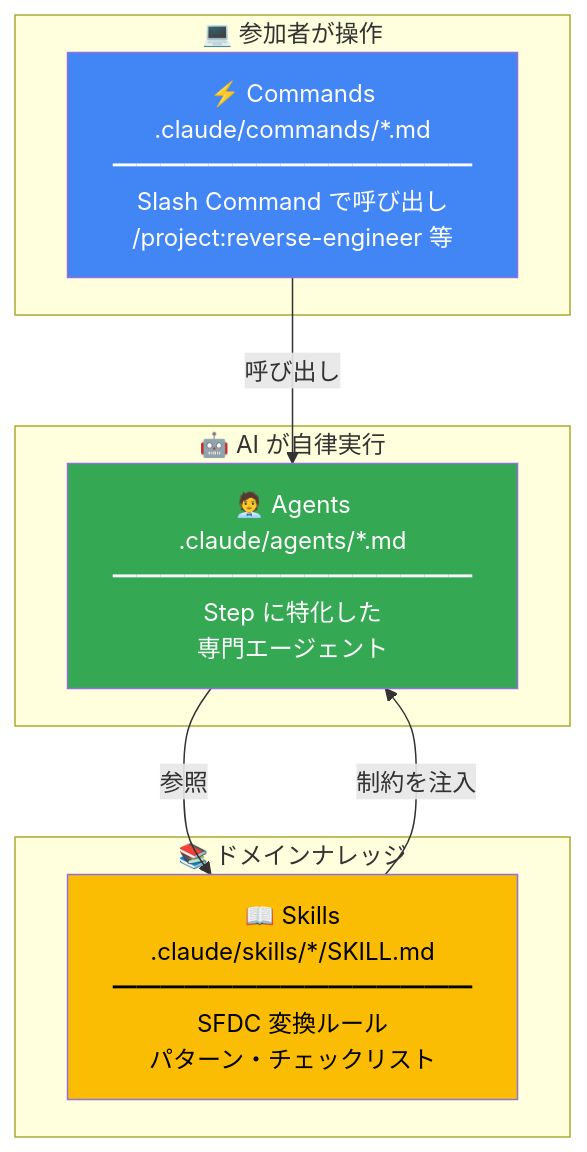
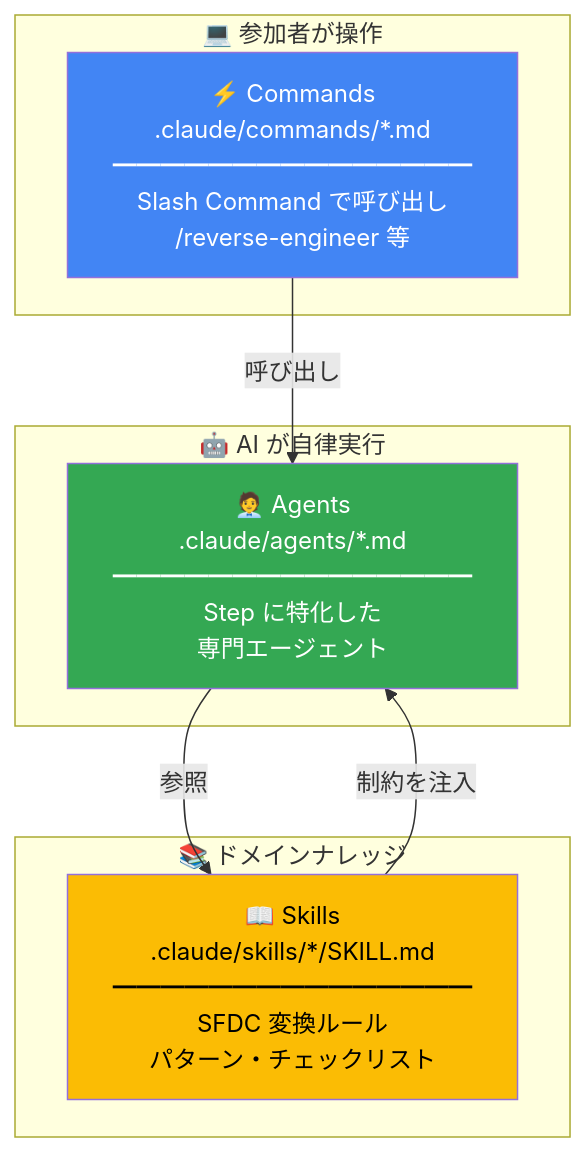
One commit to tyorikan/migration-with-ai changed the third of 9 diagrams in workshop-real/README.md. Above: the diagram before and after it, drawn with Mermaid. The commit also changed other lines of this file and 5 other files, not shown here.

First line of the commit message:
fix: Slash Commands の prefix を /project: から / に修正

````diff
--- a/workshop-real/README.md
+++ b/workshop-real/README.md
@@ -215,22 +215,22 @@
 ```mermaid
 graph TB
     subgraph "💻 参加者が操作"
-        CMD["⚡ Commands<br/>.claude/commands/*.md<br/>━━━━━━━━━━━━━━━<br/>Slash Command で呼び出し<br/>/project:reverse-engineer 等"]
+        CMD["⚡ Commands<br/>.claude/commands/*.md<br/>━━━━━━━━━━━━━━━<br/>Slash Command で呼び出し<br/>/reverse-engineer 等"]
     end
 
     subgraph "🤖 AI が自律実行"
         AGT["🧑‍💼 Agents<br/>.claude/agents/*.md<br/>━━━━━━━━━━━━━━━<br/>Step に特化した<br/>専門エージェント"]
     end
 
     subgraph "📚 ドメインナレッジ"
         SKL["📖 Skills<br/>.claude/skills/*/SKILL.md<br/>━━━━━━━━━━━━━━━<br/>SFDC 変換ルール<br/>パターン・チェックリスト"]
     end
 
     CMD -->|"呼び出し"| AGT
     AGT -->|"参照"| SKL
     SKL -->|"制約を注入"| AGT
 
     style CMD fill:#4285F4,color:#fff
     style AGT fill:#34A853,color:#fff
     style SKL fill:#FBBC04,color:#000
 ```
````
